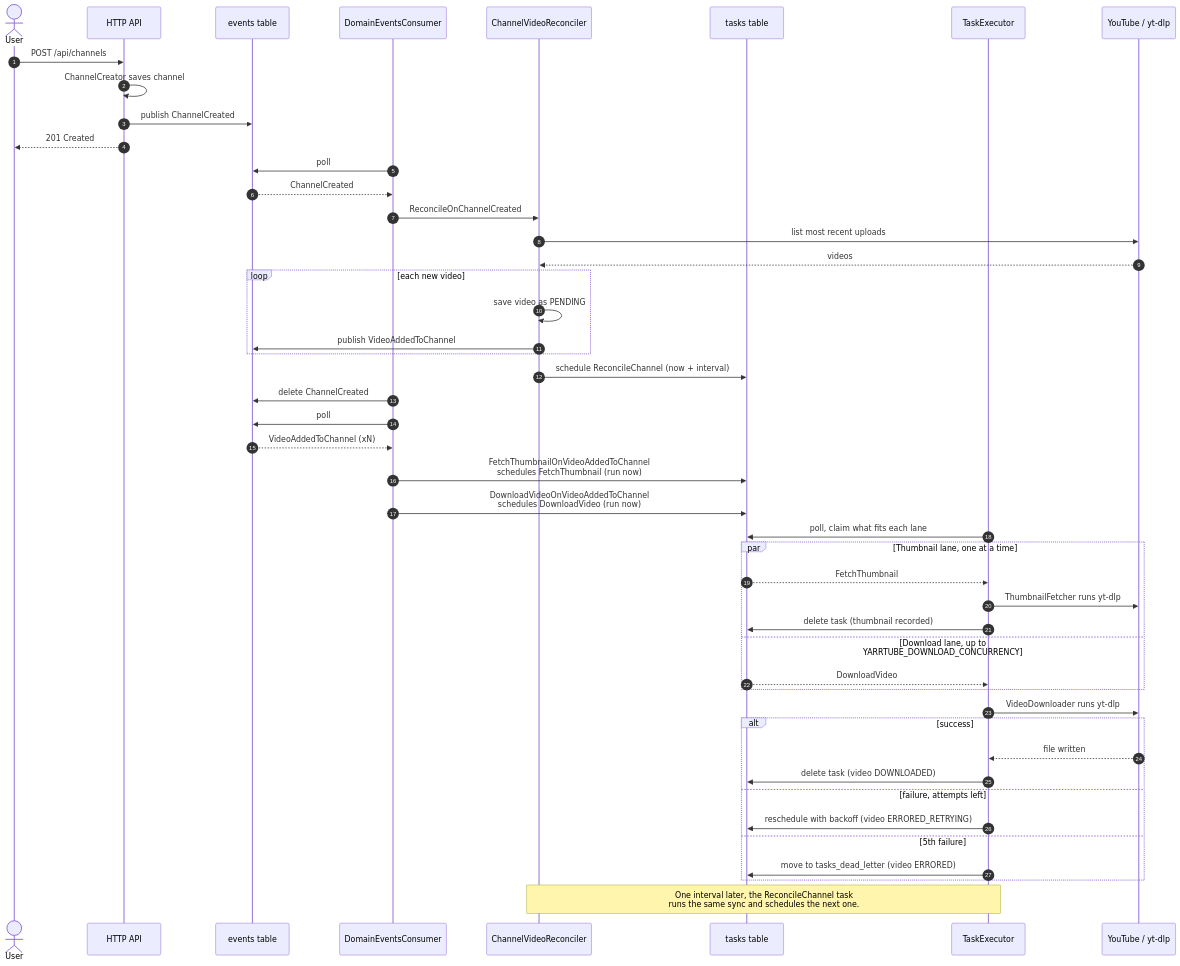
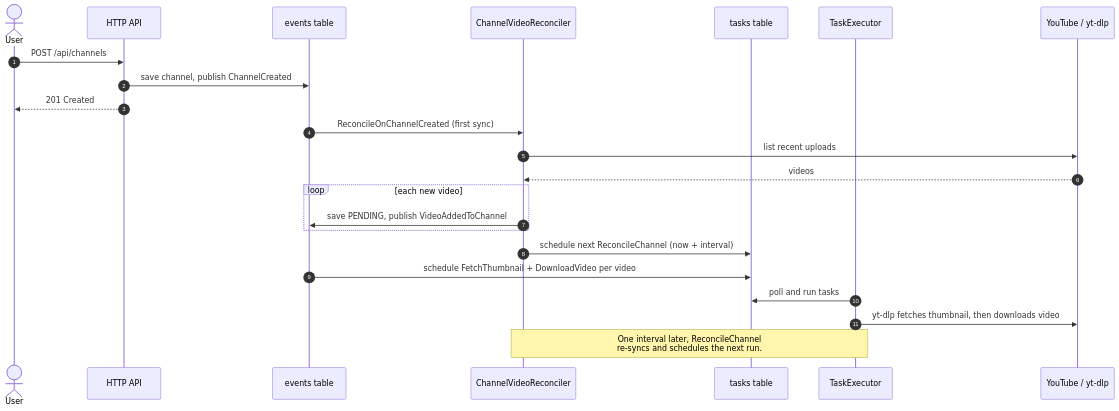
One commit to jason-s13r/yarrtube changed the second of 2 diagrams in doc/ARCHITECTURE.md. Above: the diagram before and after it, drawn with Mermaid. The commit also changed other lines of this file and 9 other files, not shown here.

````diff
--- a/doc/ARCHITECTURE.md
+++ b/doc/ARCHITECTURE.md
@@ -152,54 +73,29 @@
 ```mermaid
 sequenceDiagram
     autonumber
     actor User
     participant API as HTTP API
     participant Events as events table
-    participant Consumer as DomainEventsConsumer
     participant Reconciler as ChannelVideoReconciler
     participant Tasks as tasks table
     participant Executor as TaskExecutor
     participant YT as YouTube / yt-dlp
 
     User->>API: POST /api/channels
-    API->>API: ChannelCreator saves channel
-    API->>Events: publish ChannelCreated
+    API->>Events: save channel, publish ChannelCreated
     API-->>User: 201 Created
 
-    Consumer->>Events: poll
-    Events-->>Consumer: ChannelCreated
-    Consumer->>Reconciler: ReconcileOnChannelCreated
-    Reconciler->>YT: list most recent uploads
+    Events->>Reconciler: ReconcileOnChannelCreated (first sync)
+    Reconciler->>YT: list recent uploads
     YT-->>Reconciler: videos
     loop each new video
-        Reconciler->>Reconciler: save video as PENDING
-        Reconciler->>Events: publish VideoAddedToChannel
+        Reconciler->>Events: save PENDING, publish VideoAddedToChannel
     end
-    Reconciler->>Tasks: schedule ReconcileChannel (now + interval)
-    Consumer->>Events: delete ChannelCreated
+    Reconciler->>Tasks: schedule next ReconcileChannel (now + interval)
 
-    Consumer->>Events: poll
-    Events-->>Consumer: VideoAddedToChannel (xN)
-    Consumer->>Tasks: FetchThumbnailOnVideoAddedToChannel<br/>schedules FetchThumbnail (run now)
-    Consumer->>Tasks: DownloadVideoOnVideoAddedToChannel<br/>schedules DownloadVideo (run now)
+    Events->>Tasks: schedule FetchThumbnail + DownloadVideo per video
+    Executor->>Tasks: poll and run tasks
+    Executor->>YT: yt-dlp fetches thumbnail, then downloads video
 
-    Executor->>Tasks: poll, claim what fits each lane
-    par Thumbnail lane, one at a time
-        Tasks-->>Executor: FetchThumbnail
-        Executor->>YT: ThumbnailFetcher runs yt-dlp
-        Executor->>Tasks: delete task (thumbnail recorded)
-    and Download lane, up to YARRTUBE_DOWNLOAD_CONCURRENCY
-        Tasks-->>Executor: DownloadVideo
-    end
-    Executor->>YT: VideoDownloader runs yt-dlp
-    alt success
-        YT-->>Executor: file written
-        Executor->>Tasks: delete task (video DOWNLOADED)
-    else failure, attempts left
-        Executor->>Tasks: reschedule with backoff (video ERRORED_RETRYING)
-    else 5th failure
-        Executor->>Tasks: move to tasks_dead_letter (video ERRORED)
-    end
-
-    Note over Executor,Reconciler: One interval later, the ReconcileChannel task<br/>runs the same sync and schedules the next one.
+    Note over Reconciler,Executor: One interval later, ReconcileChannel<br/>re-syncs and schedules the next run.
 ```
````
